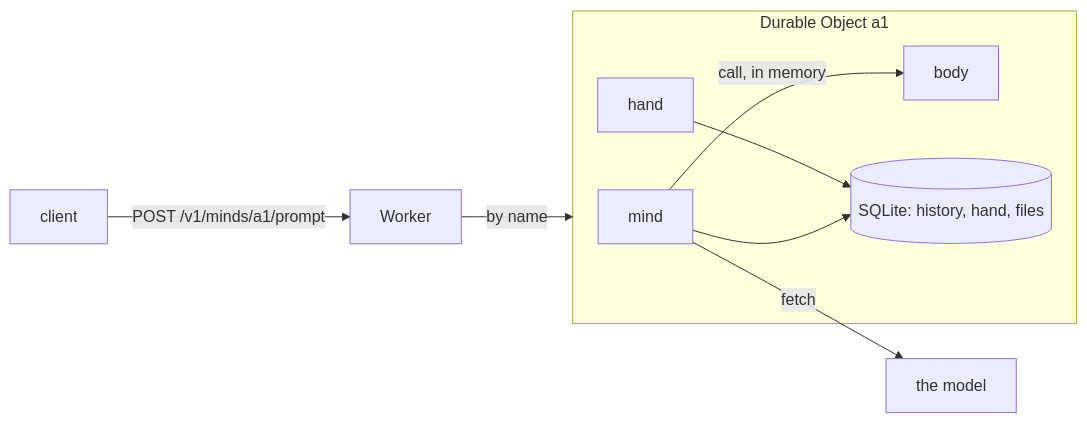
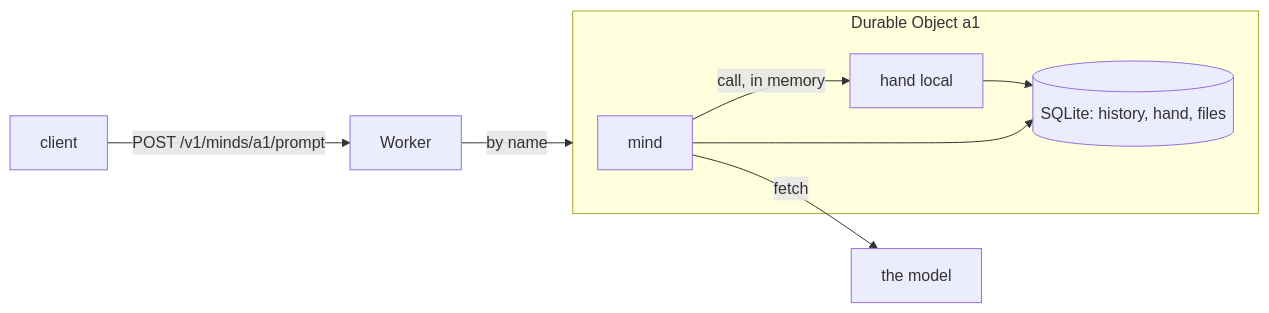
The diagram in docs/cloudflare.md (Savid/mensor), drawn with Mermaid before and after one commit. The commit also changed other lines of this file and 48 other files, not shown here.

````diff
--- a/docs/cloudflare.md
+++ b/docs/cloudflare.md
@@ -8,11 +9,11 @@
 ```mermaid
 flowchart LR
   client["client"] -- "POST /v1/minds/a1/prompt" --> worker["Worker"]
   worker -- "by name" --> object
   subgraph object["Durable Object a1"]
-    mind["mind"] -- "call, in memory" --> body["body"]
+    mind["mind"] -- "call, in memory" --> hand["hand local"]
     hand --> db[("SQLite: history, hand, files")]
     mind --> db
   end
   mind -- "fetch" --> model["the model"]
 ```
````
